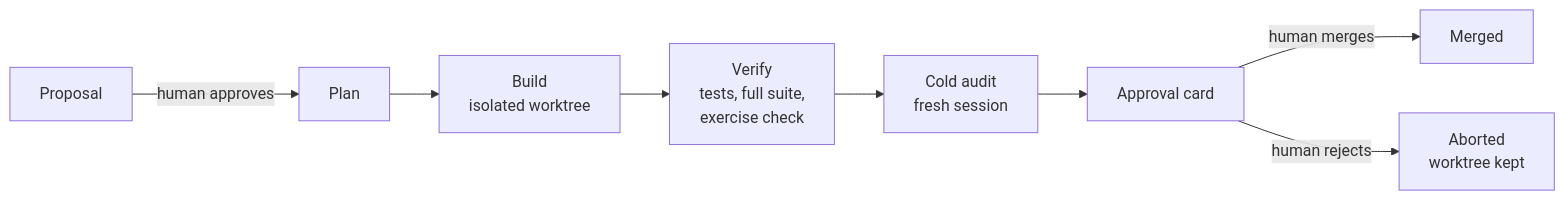
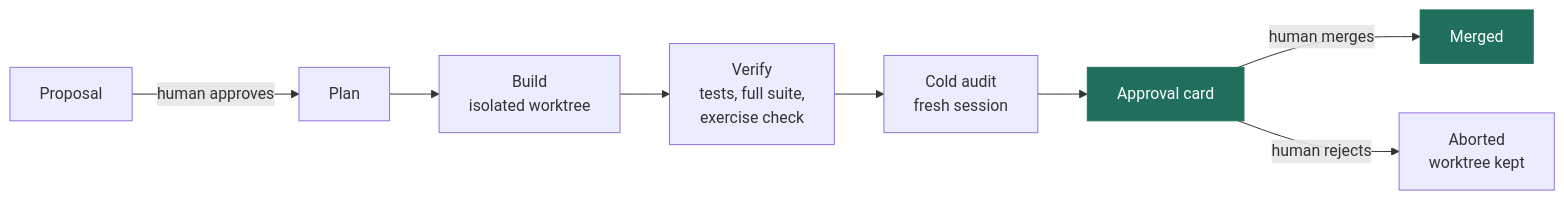
One commit to manojkothapalli1004/navigator changed the first of 2 diagrams in README.md. Above: the diagram before and after it, drawn with Mermaid. The commit also changed other lines of this file and 6 other files, not shown here.

````diff
--- a/README.md
+++ b/README.md
@@ -27,10 +44,12 @@
 ```mermaid
 flowchart LR
     P[Proposal] -->|human approves| PL[Plan]
     PL --> B["Build<br/>isolated worktree"]
     B --> V["Verify<br/>tests, full suite,<br/>exercise check"]
     V --> A[Cold audit<br/>fresh session]
     A --> C[Approval card]
     C -->|human merges| M[Merged]
     C -->|human rejects| X[Aborted<br/>worktree kept]
+    classDef you fill:#1f6f5c,stroke:#1f6f5c,color:#ffffff
+    class C,M you
 ```
````
